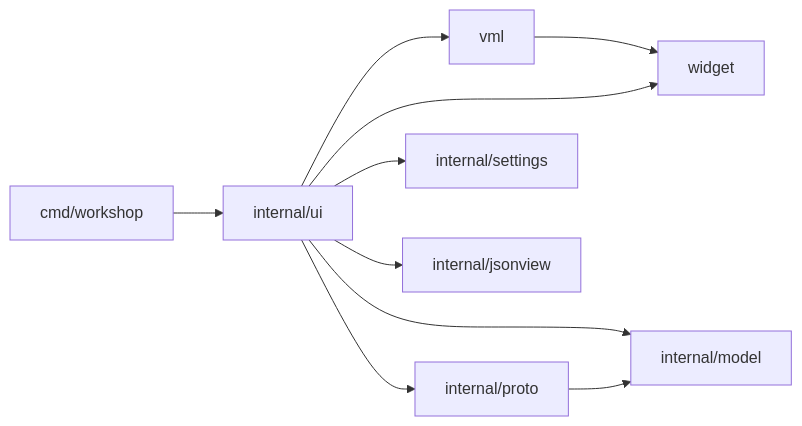
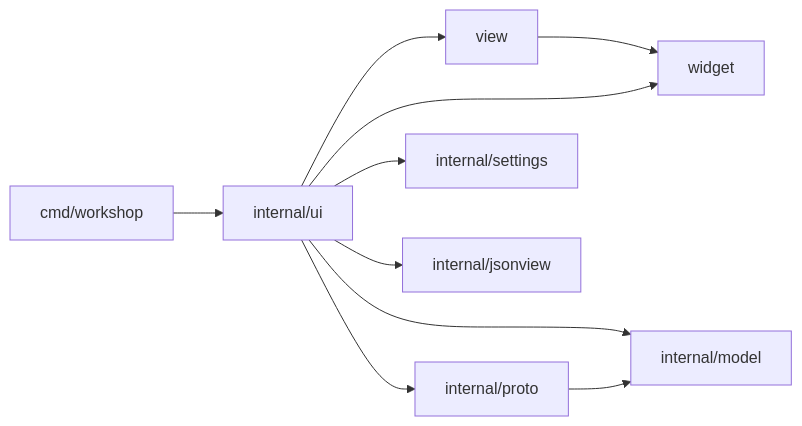
One commit to gascoigne-ai/gascoigne-workshop changed the diagram in .harness/architecture.md. Above: the diagram before and after it, drawn with Mermaid. The commit also changed other lines of this file and 168 other files, not shown here.

First line of the commit message:
refactor(toolkit): rename the vml package to view

````diff
--- a/.harness/architecture.md
+++ b/.harness/architecture.md
@@ -5,12 +5,12 @@
 ```mermaid
 flowchart LR
   cmd["cmd/workshop"] --> ui["internal/ui"]
-  ui --> vml["vml"]
+  ui --> view["view"]
   ui --> proto["internal/proto"]
   ui --> model["internal/model"]
   ui --> settings["internal/settings"]
   ui --> jsonview["internal/jsonview"]
   proto --> model
-  vml --> widget["widget"]
+  view --> widget["widget"]
   ui --> widget
 ```
````
